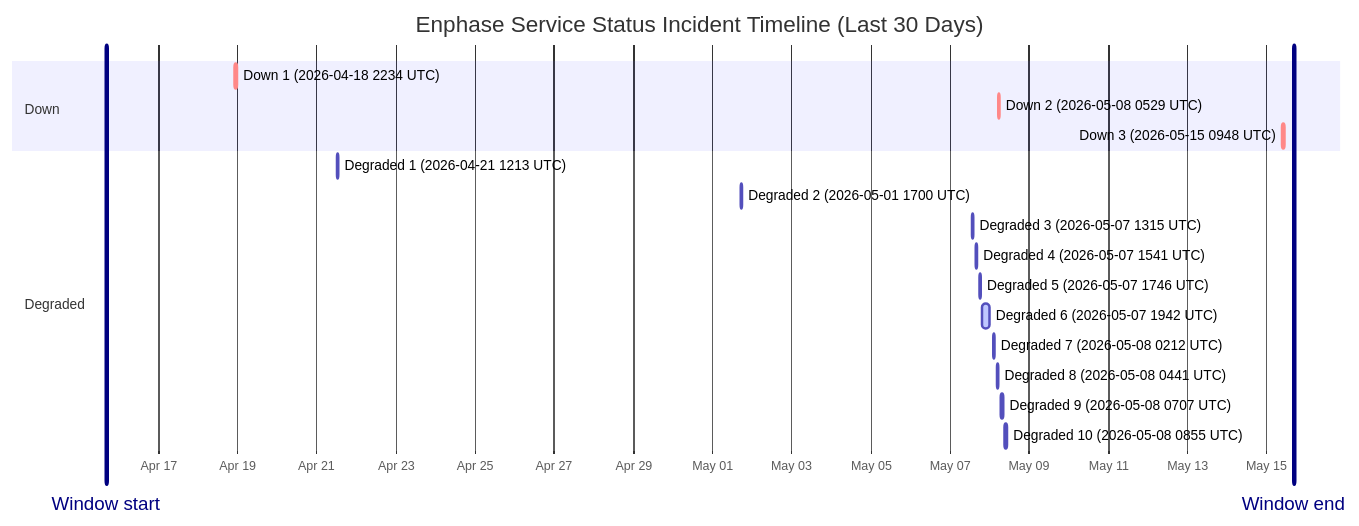
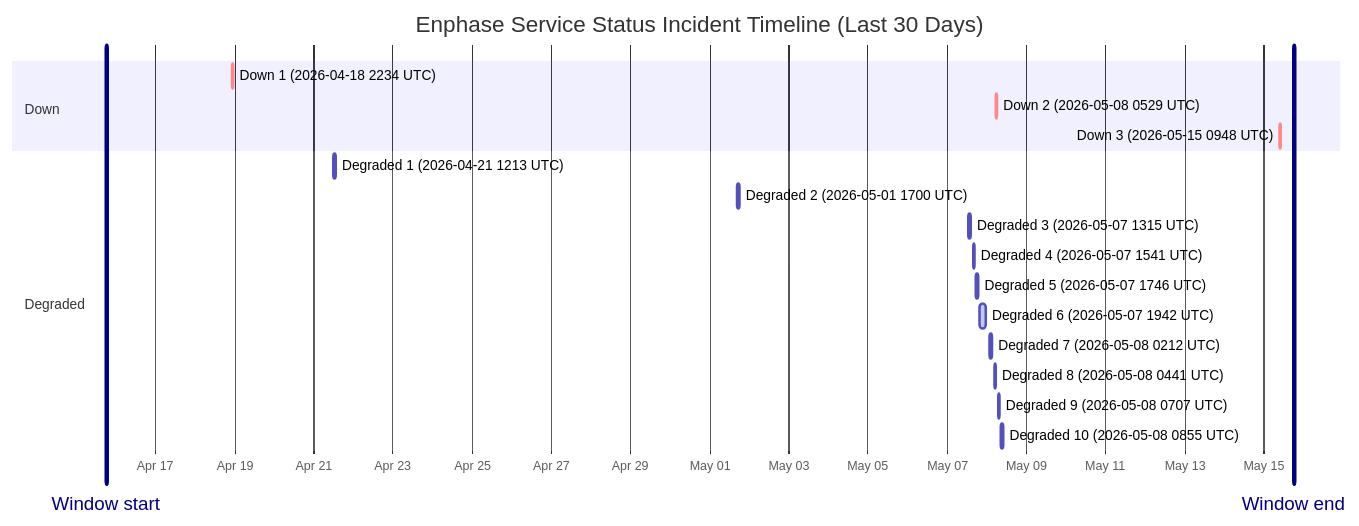
The diagram in wiki/Service-Status-History.md (barneyonline/ha-enphase-ev-charger), drawn with Mermaid before and after one commit. The commit also changed other lines of this file and 3 other files, not shown here.

````diff
--- a/wiki/Service-Status-History.md
+++ b/wiki/Service-Status-History.md
@@ -14,23 +14,23 @@
 ```mermaid
 gantt
     title Enphase Service Status Incident Timeline (Last 30 Days)
     dateFormat  YYYY-MM-DDTHH:mm:ss
     axisFormat  %b %d
-    Window start :vert, window-start, 2026-04-15T16:18:59, 0ms
-    Window end :vert, window-end, 2026-05-15T16:18:59, 0ms
+    Window start :vert, window-start, 2026-04-15T18:04:03, 0ms
+    Window end :vert, window-end, 2026-05-15T18:04:03, 0ms
     section Down
     Down 1 (2026-04-18 2234 UTC) :crit, down-1, 2026-04-18T22:34:13, 60m
     Down 2 (2026-05-08 0529 UTC) :crit, down-2, 2026-05-08T05:29:47, 60m
     Down 3 (2026-05-15 0948 UTC) :crit, down-3, 2026-05-15T09:48:18, 60m
     section Degraded
     Degraded 1 (2026-04-21 1213 UTC) :active, degraded-1, 2026-04-21T12:13:11, 60m
     Degraded 2 (2026-05-01 1700 UTC) :active, degraded-2, 2026-05-01T17:00:22, 60m
     Degraded 3 (2026-05-07 1315 UTC) :active, degraded-3, 2026-05-07T13:15:25, 60m
     Degraded 4 (2026-05-07 1541 UTC) :active, degraded-4, 2026-05-07T15:41:58, 60m
     Degraded 5 (2026-05-07 1746 UTC) :active, degraded-5, 2026-05-07T17:46:51, 60m
     Degraded 6 (2026-05-07 1942 UTC) :active, degraded-6, 2026-05-07T19:42:10, 249m
     Degraded 7 (2026-05-08 0212 UTC) :active, degraded-7, 2026-05-08T02:12:39, 60m
     Degraded 8 (2026-05-08 0441 UTC) :active, degraded-8, 2026-05-08T04:41:46, 60m
     Degraded 9 (2026-05-08 0707 UTC) :active, degraded-9, 2026-05-08T07:07:30, 60m
     Degraded 10 (2026-05-08 0855 UTC) :active, degraded-10, 2026-05-08T08:55:20, 88m
 ```
````
